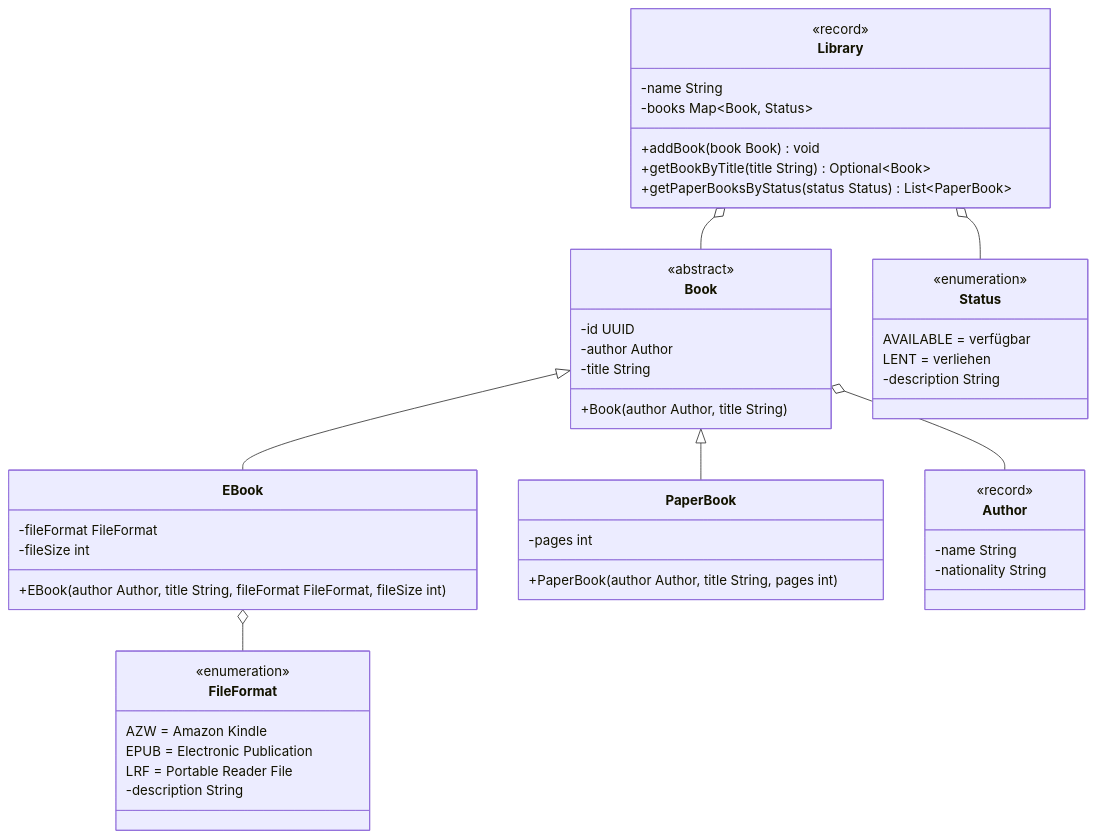
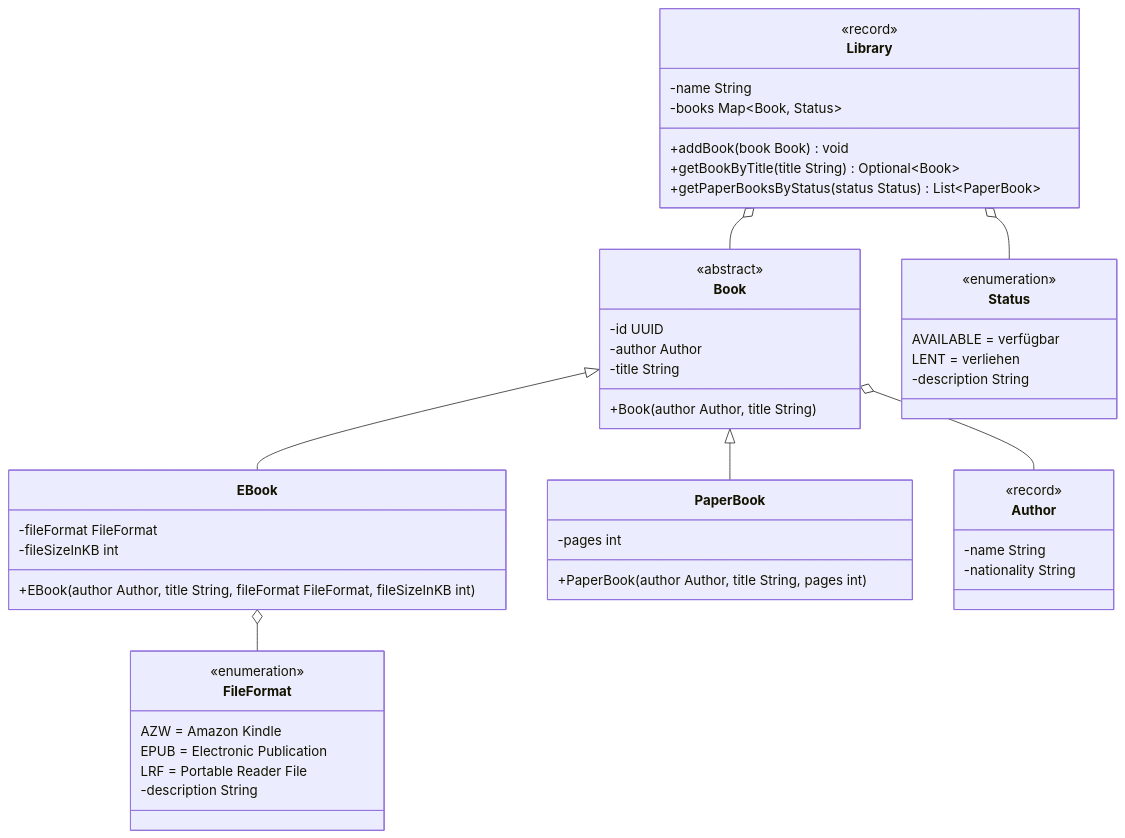
The diagram in docs/exam-exercises/exam-exercises-java2/library.md (jappuccini/java-docs), drawn with Mermaid before and after one commit. The commit also changed other lines of this file, not shown here.

````diff
--- a/docs/exam-exercises/exam-exercises-java2/library.md
+++ b/docs/exam-exercises/exam-exercises-java2/library.md
@@ -11,58 +11,58 @@
 ```mermaid
 classDiagram
     Library o-- Book
     Library o-- Status
     Book <|-- EBook
     Book <|-- PaperBook
     Book o-- Author
     EBook o-- FileFormat
 
     class Library {
         <<record>>
         -name String
         -books Map~Book&#44&#160Status~
         +addBook(book Book) void
         +getBookByTitle(title String) Optional~Book~
         +getPaperBooksByStatus(status Status) List~PaperBook~
     }
 
     class Status {
         <<enumeration>>
         AVAILABLE = verfügbar
         LENT = verliehen
         -description String
     }
 
     class Book {
         <<abstract>>
         -id UUID
         -author Author
         -title String
         +Book(author Author, title String)
     }
 
     class EBook {
         -fileFormat FileFormat
-        -fileSize int
-        +EBook(author Author, title String, fileFormat FileFormat, fileSize int)
+        -fileSizeInKB int
+        +EBook(author Author, title String, fileFormat FileFormat, fileSizeInKB int)
     }
 
     class PaperBook {
         -pages int
         +PaperBook(author Author, title String, pages int)
     }
 
     class Author {
         <<record>>
         -name String
         -nationality String
     }
 
     class FileFormat {
         <<enumeration>>
         AZW = Amazon Kindle
         EPUB = Electronic Publication
         LRF = Portable Reader File
         -description String
     }
 ```
````
